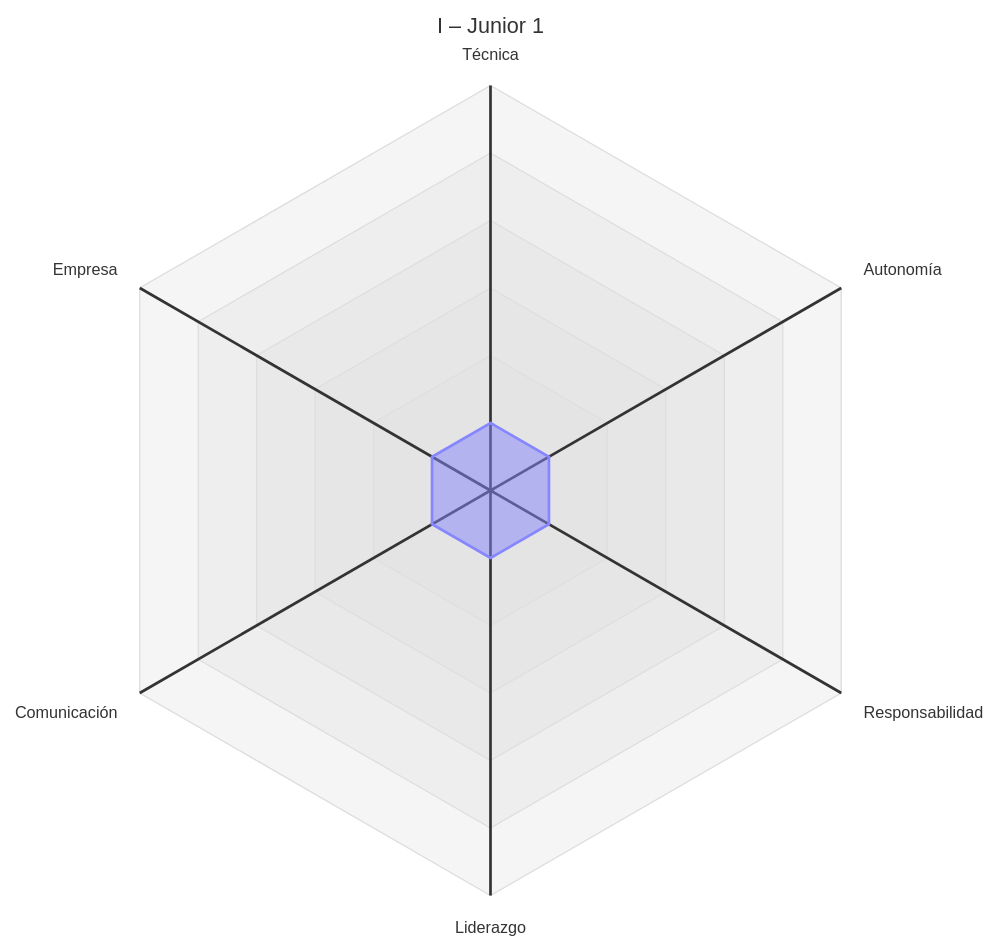
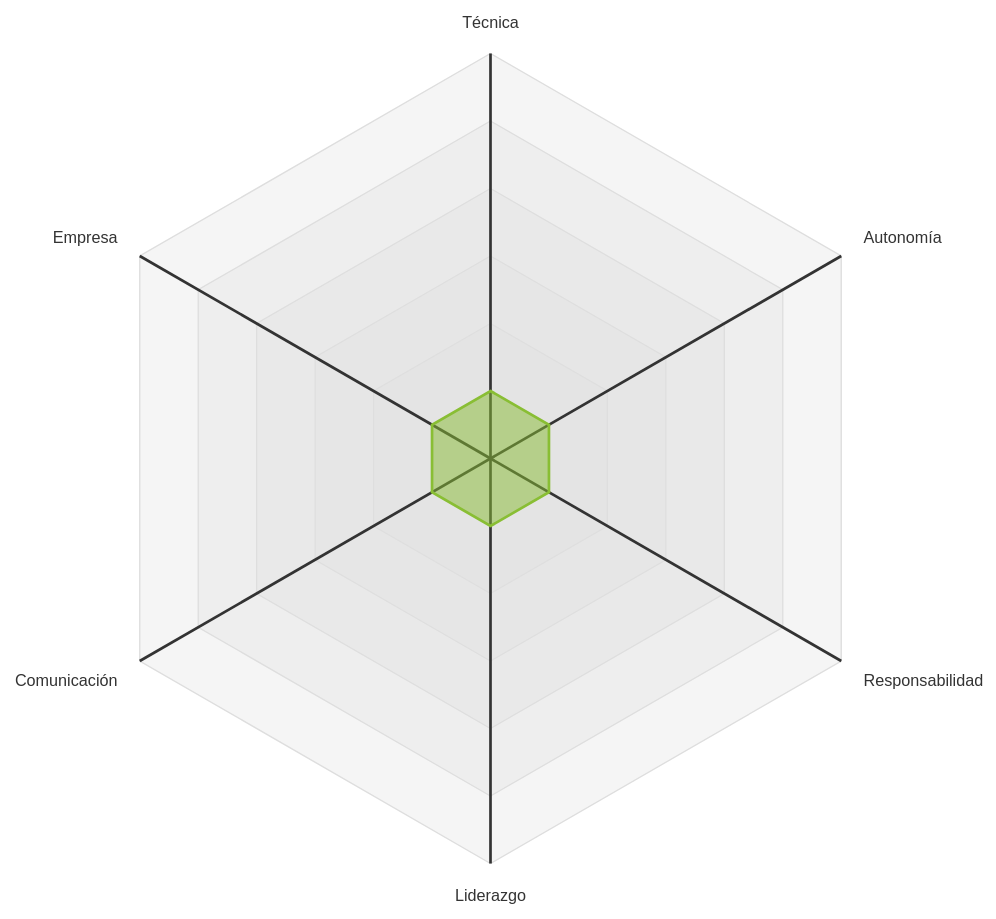
One commit to javigallego-tech/carrera-profesional-ti changed the first of 9 diagrams in perfiles-por-nivel.md. Above: the diagram before and after it, drawn with Mermaid. The commit also changed other lines of this file and 1 other file, not shown here.

````diff
--- a/perfiles-por-nivel.md
+++ b/perfiles-por-nivel.md
@@ -11,13 +11,14 @@
 ```mermaid
 ---
-title: "I – Junior 1"
+config:
+  themeVariables:
+    cScale0: "#89BE34"
 ---
 radar-beta
   axis t["Técnica"], a["Autonomía"], r["Responsabilidad"], l["Liderazgo"], c["Comunicación"], e["Empresa"]
   curve n["Mínimo"]{1, 1, 1, 1, 1, 1}
   max 6
-  min 0
   ticks 6
   graticule polygon
   showLegend false
 ```
````
